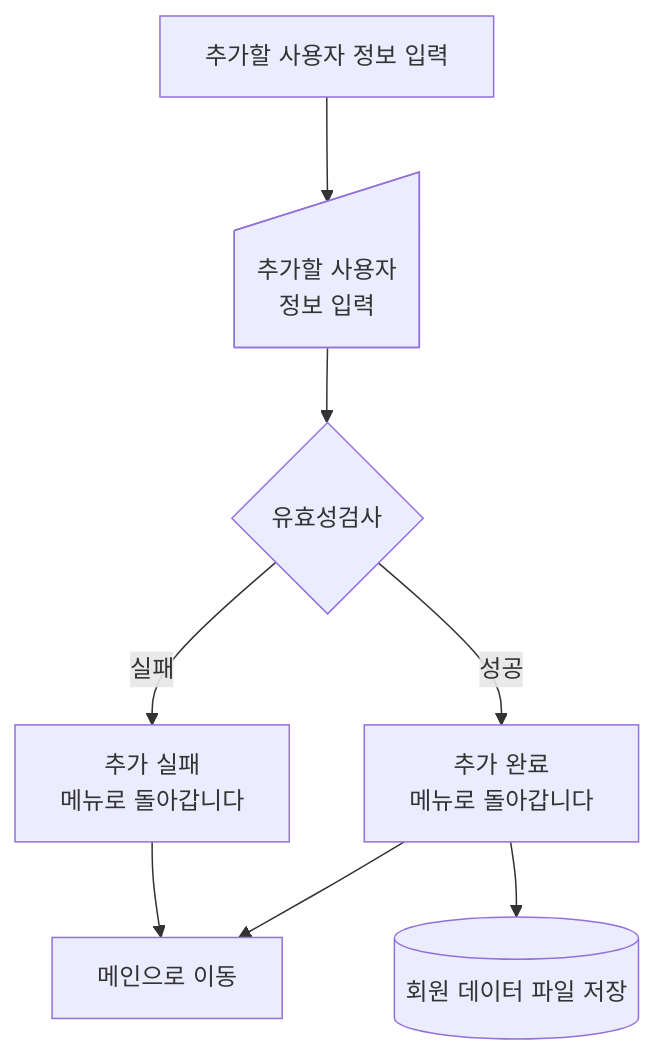
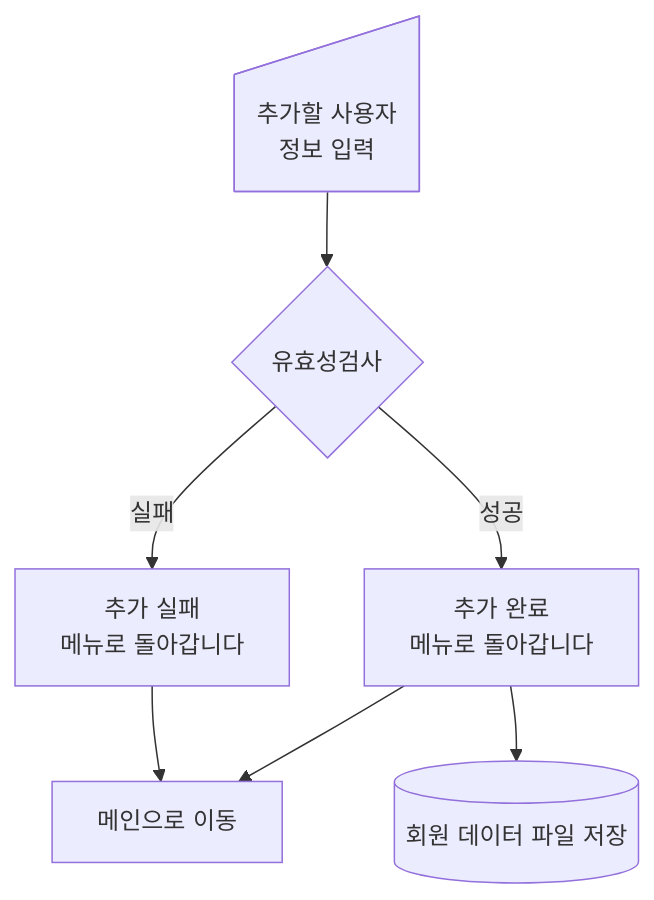
The diagram in docs/flowchart_IMH/add.md (Happy-o3ov/big20-python-project1-team3), drawn with Mermaid before and after one commit. The commit also changed 1 other file, not shown here.

Commit message:
flowchart update

````diff
--- a/docs/flowchart_IMH/add.md
+++ b/docs/flowchart_IMH/add.md
@@ -3,23 +3,21 @@
 ```mermaid
 flowchart TD
 
     %% 추가할 사용자 정보입력, 유효성검사
-    add_message[추가할 사용자 정보 입력]
     add_input@{ shape: manual-input, label: "추가할 사용자<br>정보 입력"}
     check_add_input{유효성검사}
 
     %% 검사 후 동작
     add_fail[추가 실패<br>메뉴로 돌아갑니다]
     add_success[추가 완료<br>메뉴로 돌아갑니다]
     save_file[(회원 데이터 파일 저장)]
     return_menu[메인으로 이동]
 
-    add_message --> add_input
     add_input --> check_add_input
     check_add_input -->|실패| add_fail
     check_add_input -->|성공| add_success
     add_fail --> return_menu
     add_success --> save_file
     add_success --> return_menu
 
 ```
````
